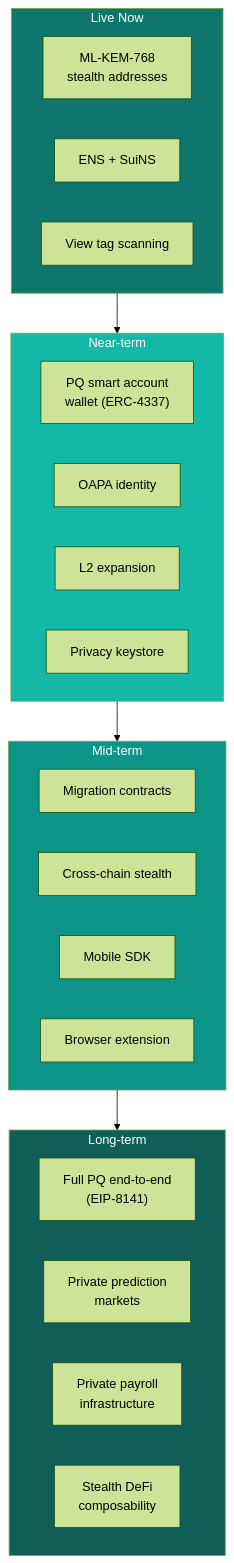
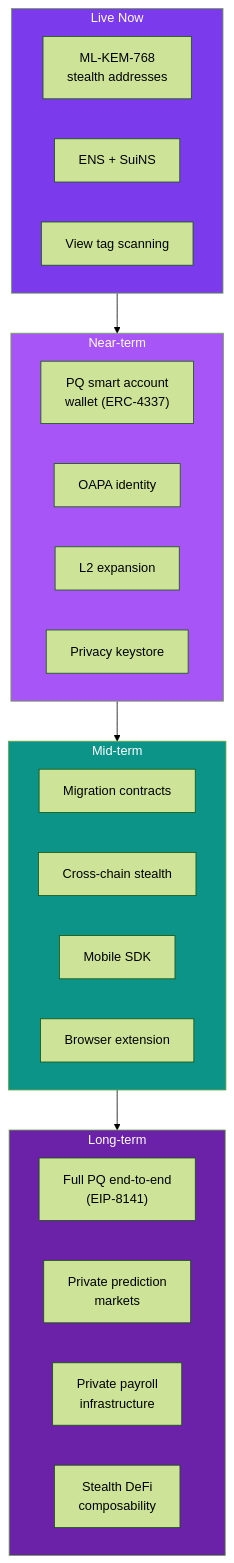
Before and after one commit to specter-privacy/docs: the diagram in docs/roadmap/yet-to-implement.mdx, drawn with Mermaid (forest theme). The commit also changed other lines of this file and 81 other files, not shown here.

````diff
--- a/docs/roadmap/yet-to-implement.mdx
+++ b/docs/roadmap/yet-to-implement.mdx
@@ -76,36 +76,36 @@
 ```mermaid
 flowchart TD
     subgraph Today["Live Now"]
         A["ML-KEM-768\nstealth addresses"]
         B["ENS + SuiNS"]
         D["View tag scanning"]
     end
 
     subgraph Near["Near-term"]
         E["PQ smart account\nwallet (ERC-4337)"]
         F["OAPA identity"]
         G["L2 expansion"]
         H["Privacy keystore"]
     end
 
     subgraph Mid["Mid-term"]
         I["Migration contracts"]
         J["Cross-chain stealth"]
         K["Mobile SDK"]
         L["Browser extension"]
     end
 
     subgraph Long["Long-term"]
         M["Full PQ end-to-end\n(EIP-8141)"]
         N["Private prediction\nmarkets"]
         O["Private payroll\ninfrastructure"]
         P["Stealth DeFi\ncomposability"]
     end
 
     Today --> Near --> Mid --> Long
 
-    style Today fill:#0F766E,color:#fff
-    style Near fill:#14B8A6,color:#fff
+    style Today fill:#7c3aed,color:#fff
+    style Near fill:#a855f7,color:#fff
     style Mid fill:#0d9488,color:#fff
-    style Long fill:#115E59,color:#fff
+    style Long fill:#6b21a8,color:#fff
 ```
````
